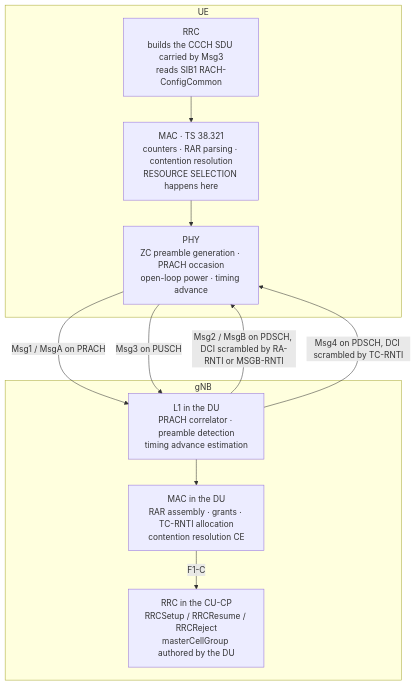
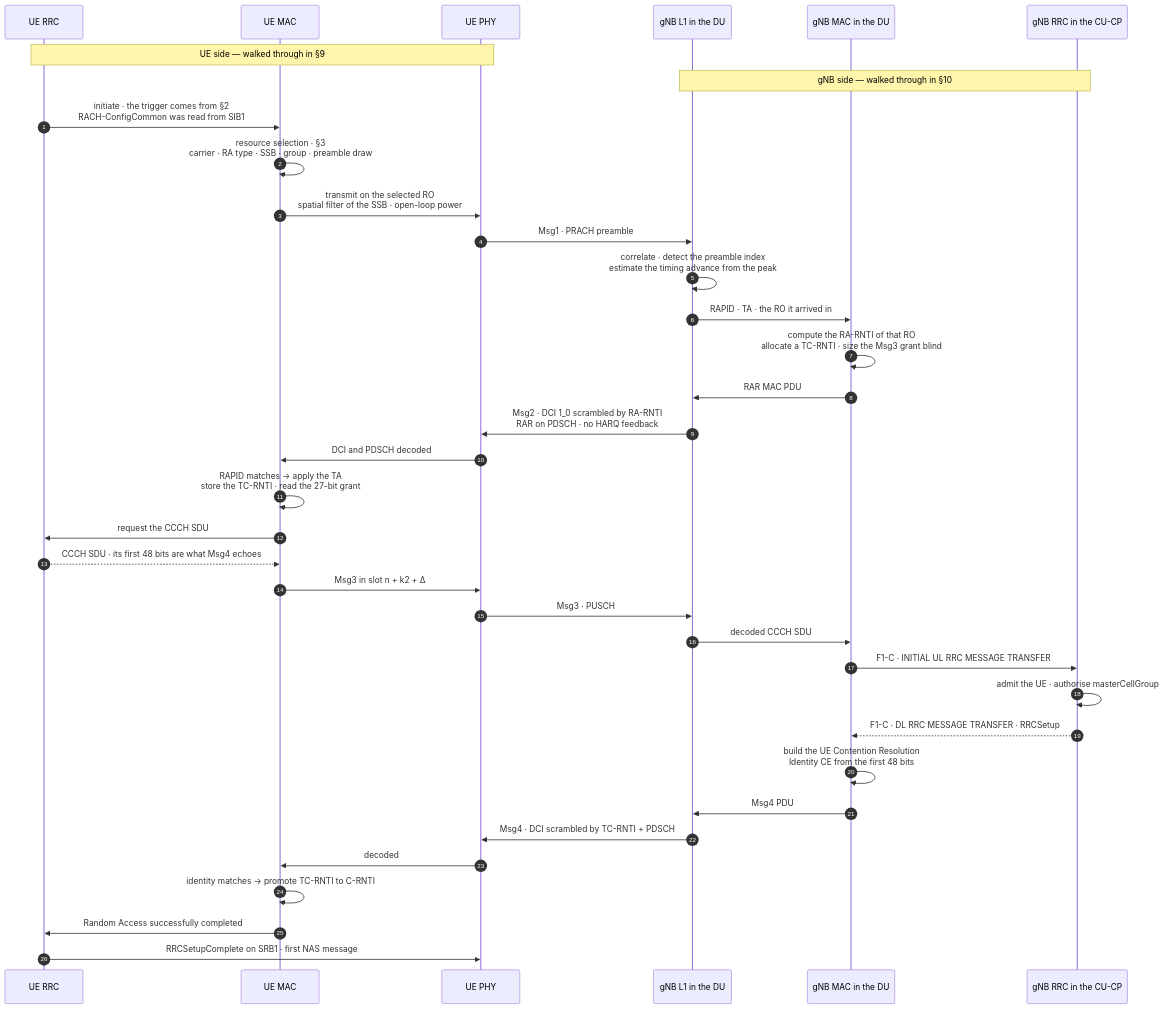
The first of 13 diagrams in knowledge-graph/01-5 NR Random Access - UE RACH Procedure, Signalling and Tuning.md (washingtonxr/xSkills), drawn with Mermaid before and after one commit. The commit also changed other lines of this file and 9 other files, not shown here.

Commit message:
Update NR RA architecture contexts.

````diff
--- a/knowledge-graph/01-5 NR Random Access - UE RACH Procedure, Signalling and Tuning.md
+++ b/knowledge-graph/01-5 NR Random Access - UE RACH Procedure, Signalling and Tuning.md
@@ -57,20 +57,38 @@
 ```mermaid
-flowchart TB
-    subgraph ue["UE"]
-        RRC_U["RRC<br/>builds the CCCH SDU carried by Msg3<br/>reads SIB1 RACH-ConfigCommon"]
-        MAC_U["MAC · TS 38.321<br/>counters · RAR parsing · contention resolution<br/>RESOURCE SELECTION happens here"]
-        PHY_U["PHY<br/>ZC preamble generation · PRACH occasion<br/>open-loop power · timing advance"]
-        RRC_U --> MAC_U --> PHY_U
-    end
-    subgraph gnb["gNB"]
-        PHY_N["L1 in the DU<br/>PRACH correlator · preamble detection<br/>timing advance estimation"]
-        MAC_N["MAC in the DU<br/>RAR assembly · grants · TC-RNTI allocation<br/>contention resolution CE"]
-        RRC_N["RRC in the CU-CP<br/>RRCSetup / RRCResume / RRCReject<br/>masterCellGroup authored by the DU"]
-        PHY_N --> MAC_N
-        MAC_N -->|"F1-C"| RRC_N
-    end
-    PHY_U -->|"Msg1 / MsgA on PRACH"| PHY_N
-    PHY_N -->|"Msg2 / MsgB on PDSCH, DCI scrambled by RA-RNTI or MSGB-RNTI"| PHY_U
-    PHY_U -->|"Msg3 on PUSCH"| PHY_N
-    PHY_N -->|"Msg4 on PDSCH, DCI scrambled by TC-RNTI"| PHY_U
+sequenceDiagram
+    autonumber
+    participant UR as UE RRC
+    participant UM as UE MAC
+    participant UP as UE PHY
+    participant NL as gNB L1 in the DU
+    participant NM as gNB MAC in the DU
+    participant NR as gNB RRC in the CU-CP
+    Note over UR,UP: UE side — walked through in §9
+    Note over NL,NR: gNB side — walked through in §10
+    UR->>UM: initiate · the trigger comes from §2<br/>RACH-ConfigCommon was read from SIB1
+    UM->>UM: resource selection · §3<br/>carrier · RA type · SSB · group · preamble draw
+    UM->>UP: transmit on the selected RO<br/>spatial filter of the SSB · open-loop power
+    UP->>NL: Msg1 · PRACH preamble
+    NL->>NL: correlate · detect the preamble index<br/>estimate the timing advance from the peak
+    NL->>NM: RAPID · TA · the RO it arrived in
+    NM->>NM: compute the RA-RNTI of that RO<br/>allocate a TC-RNTI · size the Msg3 grant blind
+    NM->>NL: RAR MAC PDU
+    NL->>UP: Msg2 · DCI 1_0 scrambled by RA-RNTI<br/>RAR on PDSCH · no HARQ feedback
+    UP->>UM: DCI and PDSCH decoded
+    UM->>UM: RAPID matches → apply the TA<br/>store the TC-RNTI · read the 27-bit grant
+    UM->>UR: request the CCCH SDU
+    UR-->>UM: CCCH SDU · its first 48 bits are what Msg4 echoes
+    UM->>UP: Msg3 in slot n + k2 + Δ
+    UP->>NL: Msg3 · PUSCH
+    NL->>NM: decoded CCCH SDU
+    NM->>NR: F1-C · INITIAL UL RRC MESSAGE TRANSFER
+    NR->>NR: admit the UE · authorise masterCellGroup
+    NR-->>NM: F1-C · DL RRC MESSAGE TRANSFER · RRCSetup
+    NM->>NM: build the UE Contention Resolution<br/>Identity CE from the first 48 bits
+    NM->>NL: Msg4 PDU
+    NL->>UP: Msg4 · DCI scrambled by TC-RNTI + PDSCH
+    UP->>UM: decoded
+    UM->>UM: identity matches → promote TC-RNTI to C-RNTI
+    UM->>UR: Random Access successfully completed
+    UR->>UP: RRCSetupComplete on SRB1 · first NAS message
 ```
````
